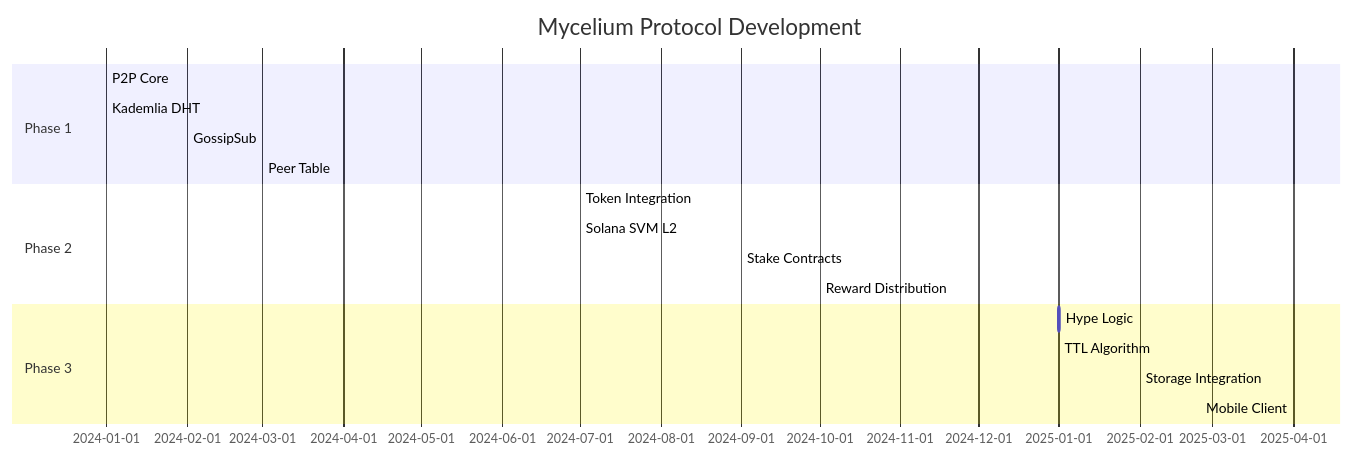
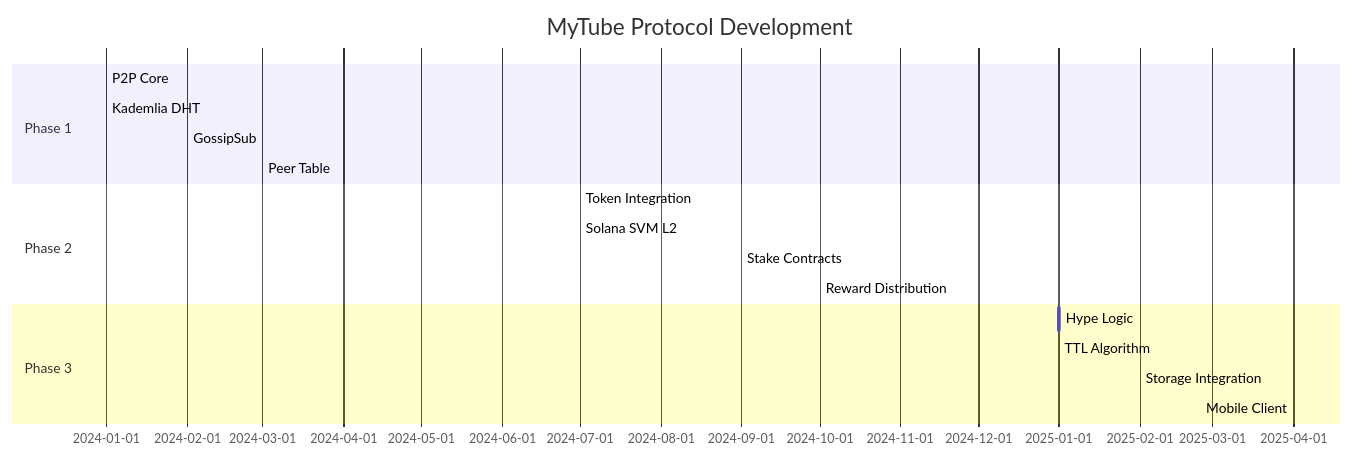
The tenth of 29 diagrams in docs/architecture.md (retiredroca/Mycelium), drawn with Mermaid before and after one commit. The commit also changed other lines of this file and 14 other files, not shown here.

````diff
--- a/docs/architecture.md
+++ b/docs/architecture.md
@@ -345,20 +346,20 @@
 ```mermaid
 gantt
-    title Mycelium Protocol Development
+    title MyTube Protocol Development
     dateFormat YYYY-MM
     section Phase 1
     P2P Core               :2024-01, 6m
     Kademlia DHT           :2024-01, 2m
     GossipSub              :2024-02, 2m
     Peer Table             :2024-03, 2m
     section Phase 2
     Token Integration      :2024-07, 6m
     Solana SVM L2          :2024-07, 3m
     Stake Contracts        :2024-09, 2m
     Reward Distribution    :2024-10, 3m
     section Phase 3
     Hype Logic             :2025-01, 6m
     TTL Algorithm          :2025-01, 2m
     Storage Integration    :2025-02, 3m
     Mobile Client          :2025-04, 3m
 ```
````
